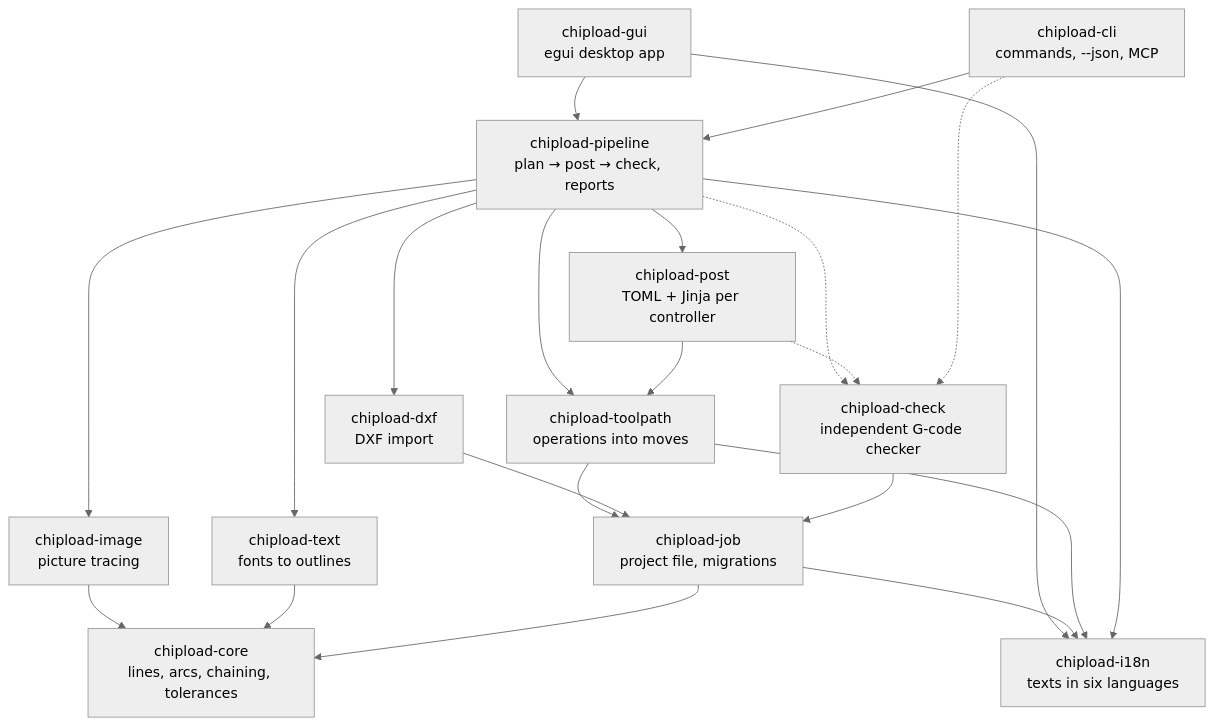
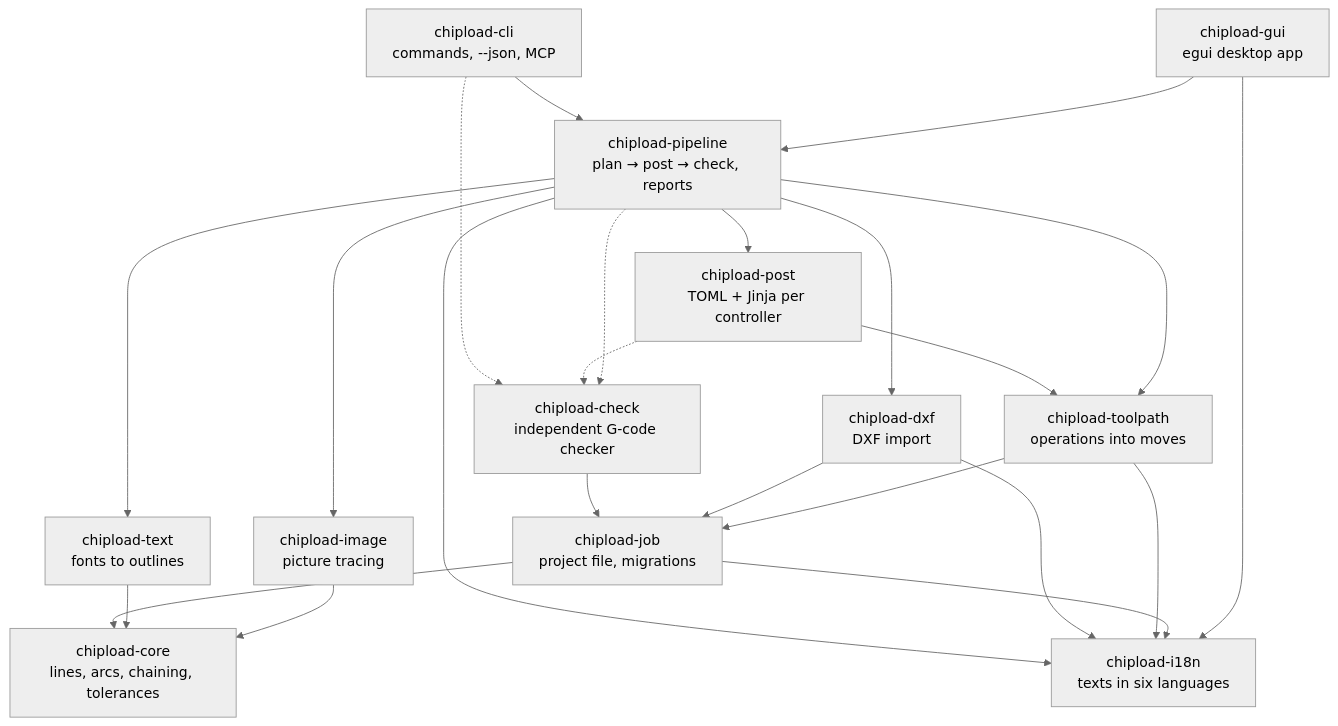
One commit to chipload/chipload changed the diagram in docs/architecture.md. Above: the diagram before and after it, drawn with Mermaid (neutral theme). The commit also changed other lines of this file and 51 other files, not shown here.

````diff
--- a/docs/architecture.md
+++ b/docs/architecture.md
@@ -15,24 +15,25 @@
 ```mermaid
 flowchart TB
     gui["chipload-gui<br/>egui desktop app"] --> pipeline
     cli["chipload-cli<br/>commands, --json, MCP"] --> pipeline
     pipeline["chipload-pipeline<br/>plan → post → check, reports"] --> post
     pipeline --> toolpath & dxf & image & text
     post["chipload-post<br/>TOML + Jinja per controller"] --> toolpath
     toolpath["chipload-toolpath<br/>operations into moves"] --> job
     dxf["chipload-dxf<br/>DXF import"] --> job
     image["chipload-image<br/>picture tracing"] --> core
     text["chipload-text<br/>fonts to outlines"] --> core
     job["chipload-job<br/>project file, migrations"] --> core
     core["chipload-core<br/>lines, arcs, chaining, tolerances"]
     i18n["chipload-i18n<br/>texts in six languages"]
     gui --> i18n
     job --> i18n
     toolpath --> i18n
+    dxf --> i18n
     pipeline --> i18n
 
     check["chipload-check<br/>independent G-code checker"] --> job
     pipeline -.-> check
     post -.-> check
     cli -.-> check
 ```
````
